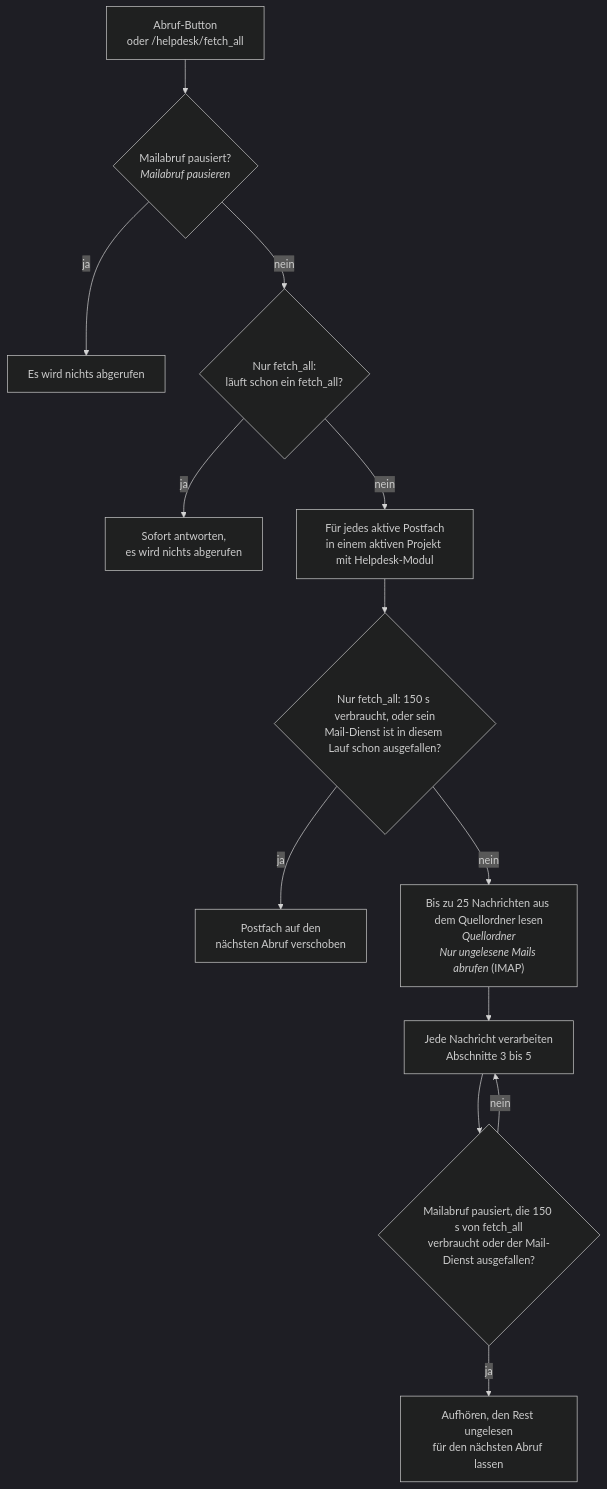
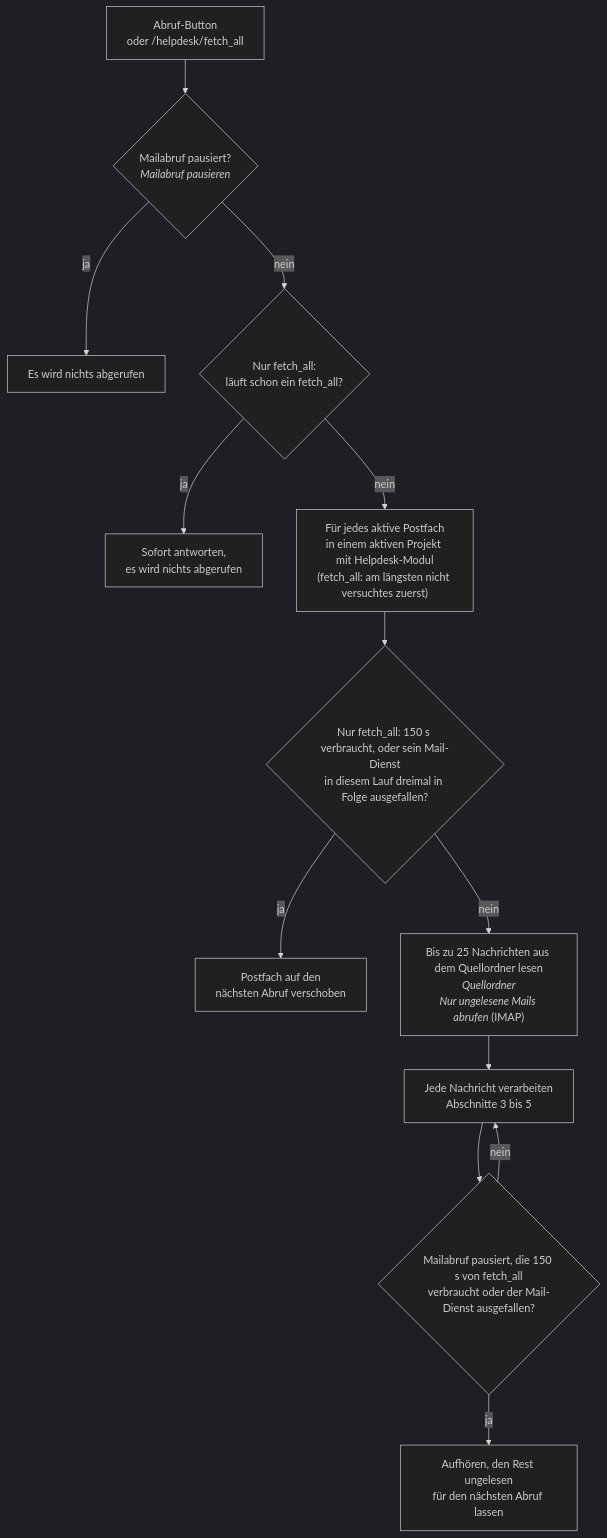
The third of 11 diagrams in EMAIL_FLOW.de.md (expertZentrale/redmine_expert_helpdesk), drawn with Mermaid (dark theme) before and after one commit. The commit also changed other lines of this file and 10 other files, not shown here.

````diff
--- a/EMAIL_FLOW.de.md
+++ b/EMAIL_FLOW.de.md
@@ -71,15 +71,15 @@
 ```mermaid
 flowchart TD
   T["Abruf-Button<br/>oder /helpdesk/fetch_all"] --> M{"Mailabruf pausiert?<br/><i>Mailabruf pausieren</i>"}
   M -- ja --> X["Es wird nichts abgerufen"]
   M -- nein --> K{"Nur fetch_all:<br/>läuft schon ein fetch_all?"}
   K -- ja --> KS["Sofort antworten,<br/>es wird nichts abgerufen"]
-  K -- nein --> L["Für jedes aktive Postfach<br/>in einem aktiven Projekt mit Helpdesk-Modul"]
-  L --> G{"Nur fetch_all: 150 s verbraucht, oder sein<br/>Mail-Dienst ist in diesem Lauf schon ausgefallen?"}
+  K -- nein --> L["Für jedes aktive Postfach<br/>in einem aktiven Projekt mit Helpdesk-Modul<br/>(fetch_all: am längsten nicht versuchtes zuerst)"]
+  L --> G{"Nur fetch_all: 150 s verbraucht, oder sein Mail-Dienst<br/>in diesem Lauf dreimal in Folge ausgefallen?"}
   G -- ja --> DF["Postfach auf den<br/>nächsten Abruf verschoben"]
   G -- nein --> Q["Bis zu 25 Nachrichten aus dem Quellordner lesen<br/><i>Quellordner</i><br/><i>Nur ungelesene Mails abrufen</i> (IMAP)"]
   Q --> E["Jede Nachricht verarbeiten<br/>Abschnitte 3 bis 5"]
   E --> W{"Mailabruf pausiert, die 150 s von fetch_all<br/>verbraucht oder der Mail-Dienst ausgefallen?"}
   W -- ja --> STOP["Aufhören, den Rest ungelesen<br/>für den nächsten Abruf lassen"]
   W -- nein --> E
 ```
````
